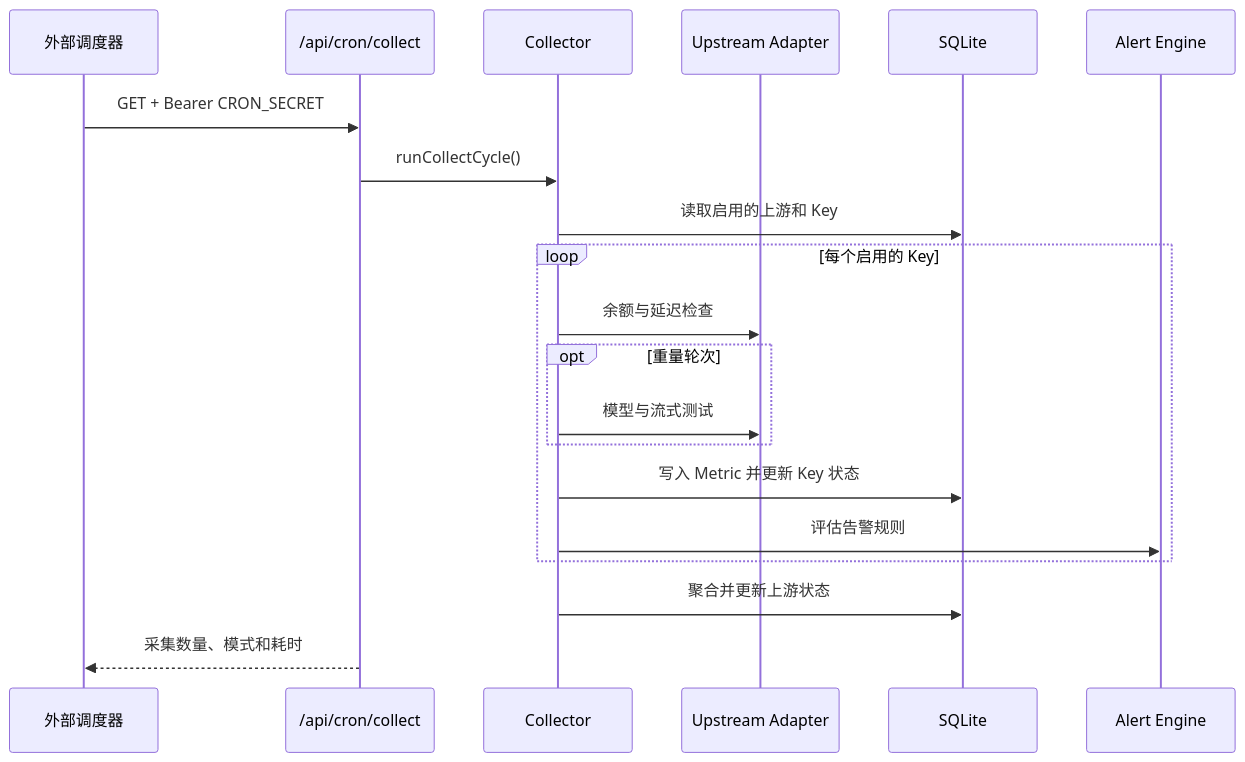
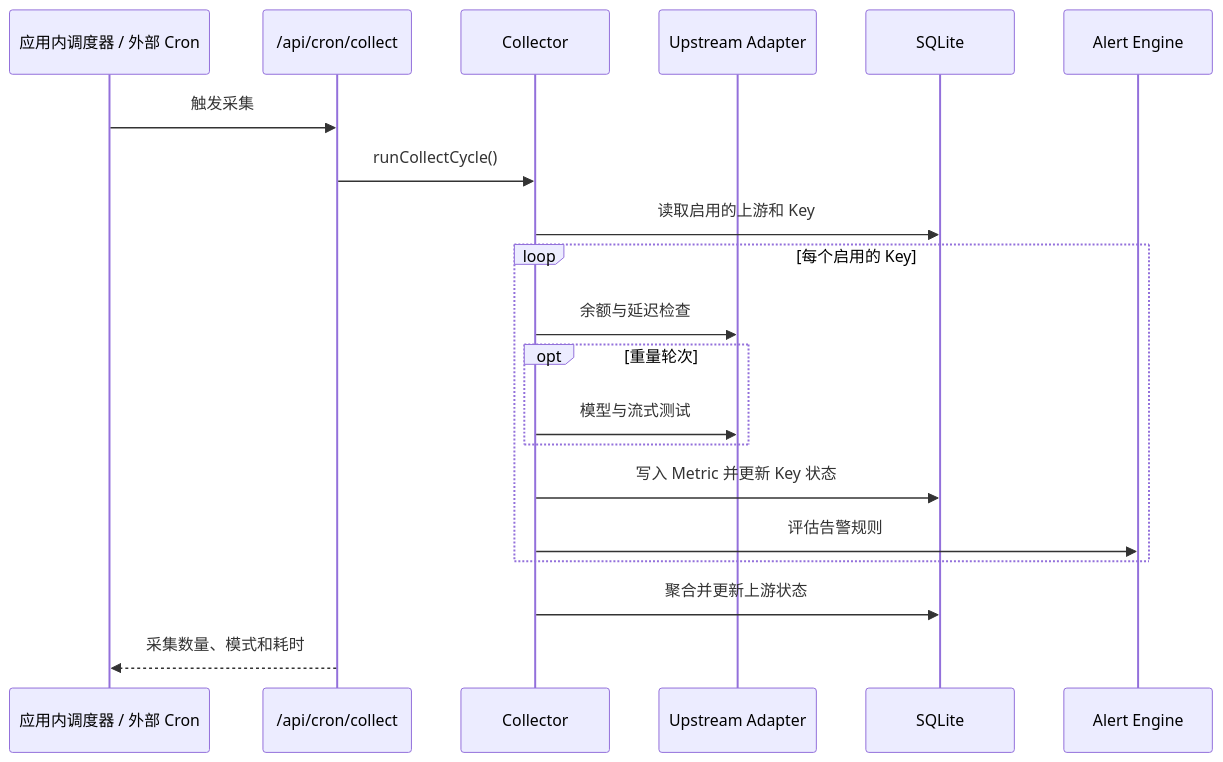
Before and after one commit to nevermorewish/relay-scope: the third of 3 diagrams in docs/architecture.md, drawn with Mermaid. The commit also changed other lines of this file and 30 other files, not shown here.

````diff
--- a/docs/architecture.md
+++ b/docs/architecture.md
@@ -108,23 +111,23 @@
 ```mermaid
 sequenceDiagram
-  participant Cron as 外部调度器
+  participant Trigger as 应用内调度器 / 外部 Cron
   participant API as /api/cron/collect
   participant Collector as Collector
   participant Adapter as Upstream Adapter
   participant DB as SQLite
   participant Alert as Alert Engine
 
-  Cron->>API: GET + Bearer CRON_SECRET
+  Trigger->>API: 触发采集
   API->>Collector: runCollectCycle()
   Collector->>DB: 读取启用的上游和 Key
   loop 每个启用的 Key
     Collector->>Adapter: 余额与延迟检查
     opt 重量轮次
       Collector->>Adapter: 模型与流式测试
     end
     Collector->>DB: 写入 Metric 并更新 Key 状态
     Collector->>Alert: 评估告警规则
   end
   Collector->>DB: 聚合并更新上游状态
-  API-->>Cron: 采集数量、模式和耗时
+  API-->>Trigger: 采集数量、模式和耗时
 ```
````
